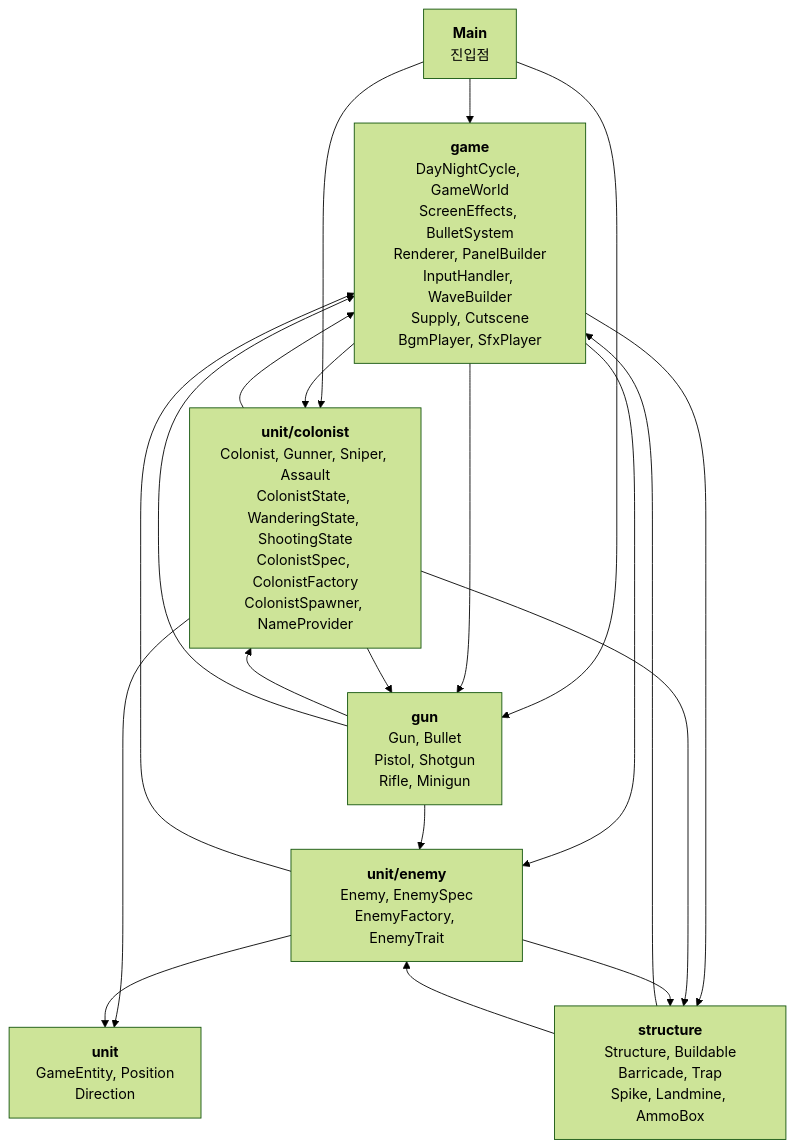
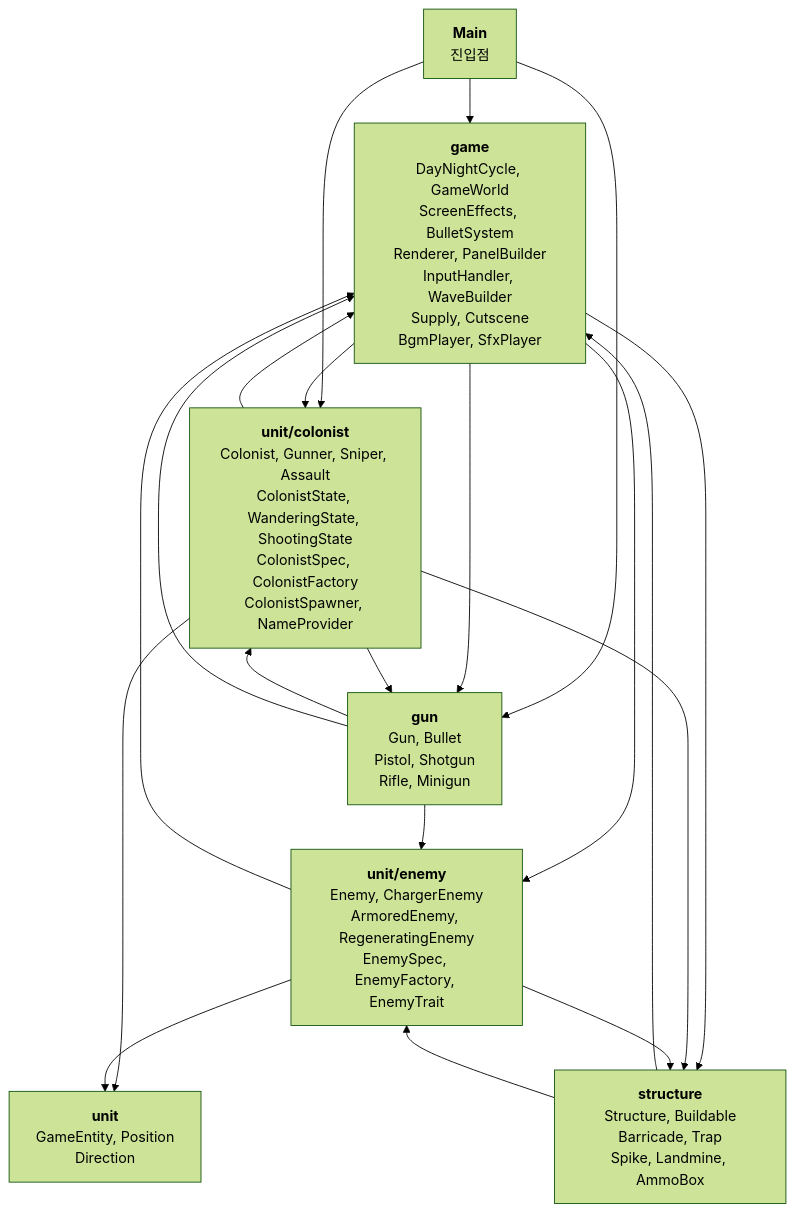
Diagram 12 of 12 in week6/CLAUDE.md (weweweme/teamnova_basic_class), drawn with Mermaid (forest theme) before and after one commit. The commit also changed other lines of this file and 3 other files, not shown here.

````diff
--- a/week6/CLAUDE.md
+++ b/week6/CLAUDE.md
@@ -477,35 +510,35 @@
 ```mermaid
 graph TB
     Main["<b>Main</b><br/>진입점"]
     game["<b>game</b><br/>DayNightCycle, GameWorld<br/>ScreenEffects, BulletSystem<br/>Renderer, PanelBuilder<br/>InputHandler, WaveBuilder<br/>Supply, Cutscene<br/>BgmPlayer, SfxPlayer"]
     colonist["<b>unit/colonist</b><br/>Colonist, Gunner, Sniper, Assault<br/>ColonistState, WanderingState, ShootingState<br/>ColonistSpec, ColonistFactory<br/>ColonistSpawner, NameProvider"]
-    enemy["<b>unit/enemy</b><br/>Enemy, EnemySpec<br/>EnemyFactory, EnemyTrait"]
+    enemy["<b>unit/enemy</b><br/>Enemy, ChargerEnemy<br/>ArmoredEnemy, RegeneratingEnemy<br/>EnemySpec, EnemyFactory, EnemyTrait"]
     gun["<b>gun</b><br/>Gun, Bullet<br/>Pistol, Shotgun<br/>Rifle, Minigun"]
     structure["<b>structure</b><br/>Structure, Buildable<br/>Barricade, Trap<br/>Spike, Landmine, AmmoBox"]
     unit["<b>unit</b><br/>GameEntity, Position<br/>Direction"]
 
     Main --> game
     Main --> colonist
     Main --> gun
 
     game --> colonist
     game --> enemy
     game --> gun
     game --> structure
 
     colonist --> unit
     colonist --> gun
     colonist --> structure
     colonist --> game
 
     enemy --> unit
     enemy --> structure
     enemy --> game
 
     gun --> colonist
     gun --> enemy
     gun --> game
 
     structure --> game
     structure --> enemy
 ```
````
